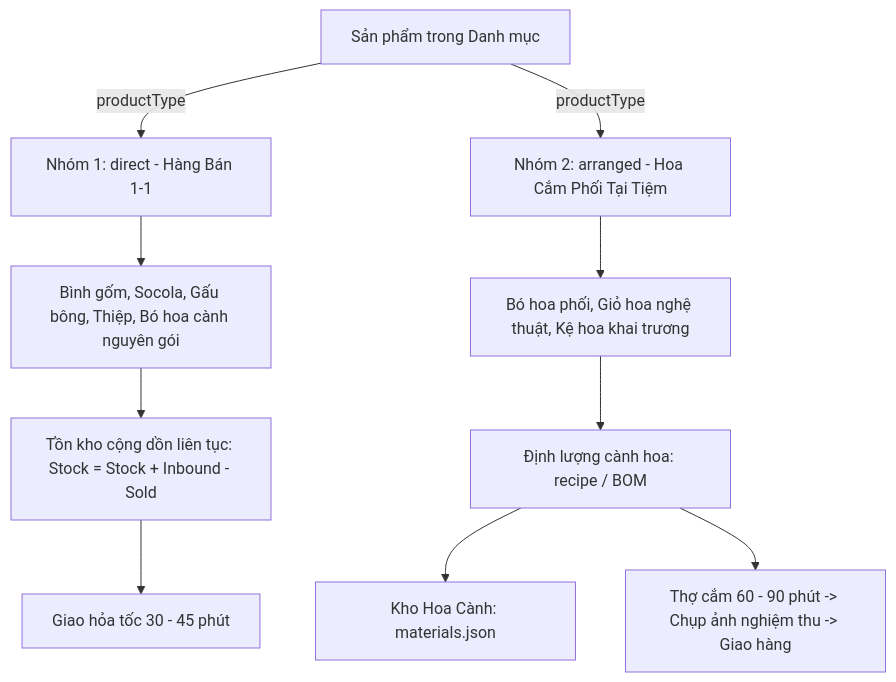
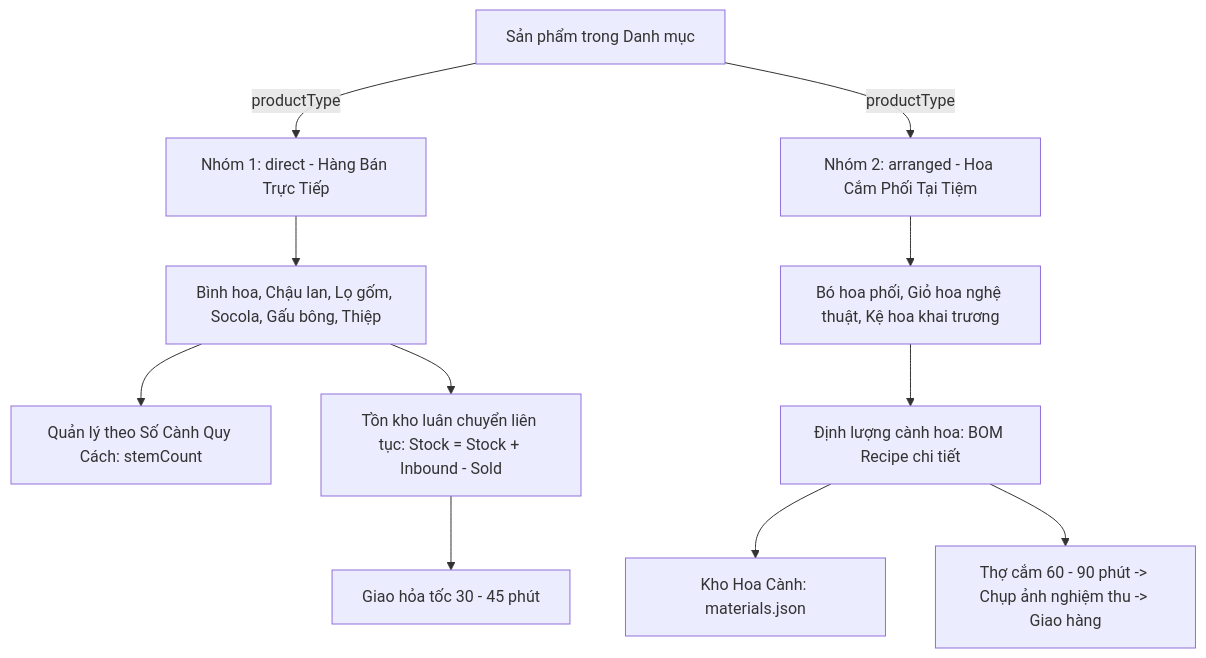
The first of 2 diagrams in docs/design/INVENTORY_AND_WASTAGE_LIFECYCLE_DESIGN.md (letrthong/telua_flower), drawn with Mermaid before and after one commit. The commit also changed other lines of this file and 24 other files, not shown here.

````diff
--- a/docs/design/INVENTORY_AND_WASTAGE_LIFECYCLE_DESIGN.md
+++ b/docs/design/INVENTORY_AND_WASTAGE_LIFECYCLE_DESIGN.md
@@ -46,14 +18,15 @@
 ```mermaid
 graph TD
-    P[Sản phẩm trong Danh mục] -->|productType| P_DIR[Nhóm 1: direct - Hàng Bán 1-1]
+    P[Sản phẩm trong Danh mục] -->|productType| P_DIR[Nhóm 1: direct - Hàng Bán Trực Tiếp]
     P -->|productType| P_ARR[Nhóm 2: arranged - Hoa Cắm Phối Tại Tiệm]
 
-    P_DIR --> D_ITEMS[Bình gốm, Socola, Gấu bông, Thiệp, Bó hoa cành nguyên gói]
-    D_ITEMS --> D_STOCK[Tồn kho cộng dồn liên tục: Stock = Stock + Inbound - Sold]
+    P_DIR --> D_ITEMS[Bình hoa, Chậu lan, Lọ gốm, Socola, Gấu bông, Thiệp]
+    D_ITEMS --> D_STEMS[Quản lý theo Số Cành Quy Cách: stemCount]
+    D_ITEMS --> D_STOCK[Tồn kho luân chuyển liên tục: Stock = Stock + Inbound - Sold]
     D_STOCK --> D_FAST[Giao hỏa tốc 30 - 45 phút]
 
     P_ARR --> A_ITEMS[Bó hoa phối, Giỏ hoa nghệ thuật, Kệ hoa khai trương]
-    A_ITEMS --> A_BOM[Định lượng cành hoa: recipe / BOM]
+    A_ITEMS --> A_BOM[Định lượng cành hoa: BOM Recipe chi tiết]
     A_BOM --> A_STEMS[Kho Hoa Cành: materials.json]
     A_BOM --> A_CRAFT[Thợ cắm 60 - 90 phút -> Chụp ảnh nghiệm thu -> Giao hàng]
 ```
````
